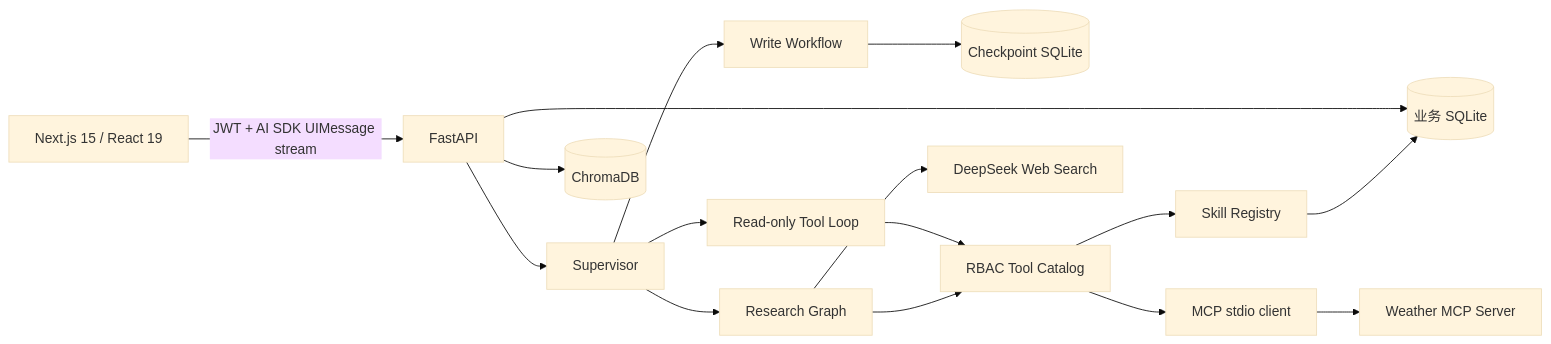
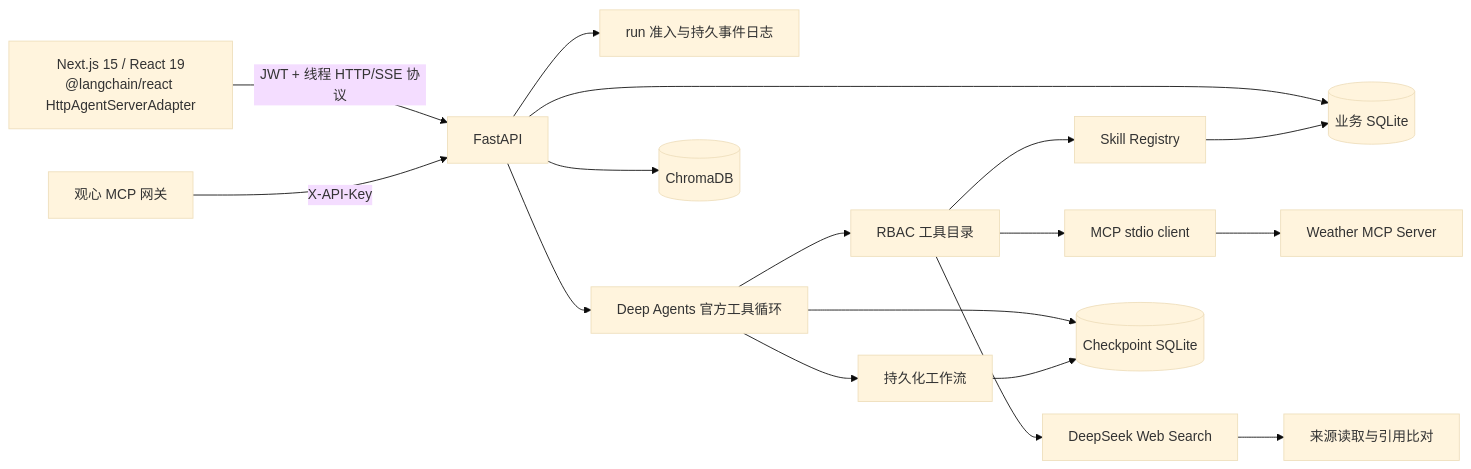
Before and after one commit to Wangyunfei001/guanxin-v2: the first of 2 diagrams in docs/architecture.md, drawn with Mermaid (base theme). The commit also changed other lines of this file and 19 other files, not shown here.

First line of the commit message:
docs: 将规格迁入 docs/specs spec-graph

````diff
--- a/docs/architecture.md
+++ b/docs/architecture.md
@@ -10,18 +20,19 @@
 ```mermaid
 flowchart LR
-    UI[Next.js 15 / React 19] -->|JWT + AI SDK UIMessage stream| API[FastAPI]
-    API --> Supervisor[Supervisor]
-    Supervisor --> ToolLoop[Read-only Tool Loop]
-    Supervisor --> Workflow[Write Workflow]
-    Supervisor --> Research[Research Graph]
-    API --> SQLite[(业务 SQLite)]
-    Workflow --> Checkpoint[(Checkpoint SQLite)]
-    API --> Chroma[(ChromaDB)]
-    ToolLoop --> Catalog[RBAC Tool Catalog]
-    Research --> Catalog
+    UI[Next.js 15 / React 19<br/>@langchain/react HttpAgentServerAdapter] -->|JWT + 线程 HTTP/SSE 协议| API[FastAPI]
+    API --> Runs[run 准入与持久事件日志]
+    API --> DeepAgent[Deep Agents 官方工具循环]
+    DeepAgent --> Catalog[RBAC 工具目录]
+    DeepAgent --> Workflow[持久化工作流]
     Catalog --> Skills[Skill Registry]
     Catalog --> MCP[MCP stdio client]
-    Research --> Web[DeepSeek Web Search]
+    Catalog --> Search[DeepSeek Web Search]
+    Search --> Evidence[来源读取与引用比对]
+    DeepAgent --> Checkpoint[(Checkpoint SQLite)]
+    Workflow --> Checkpoint
+    API --> SQLite[(业务 SQLite)]
+    API --> Chroma[(ChromaDB)]
     Skills --> SQLite
     MCP --> Weather[Weather MCP Server]
+    Gateway[观心 MCP 网关] -->|X-API-Key| API
 ```
````
